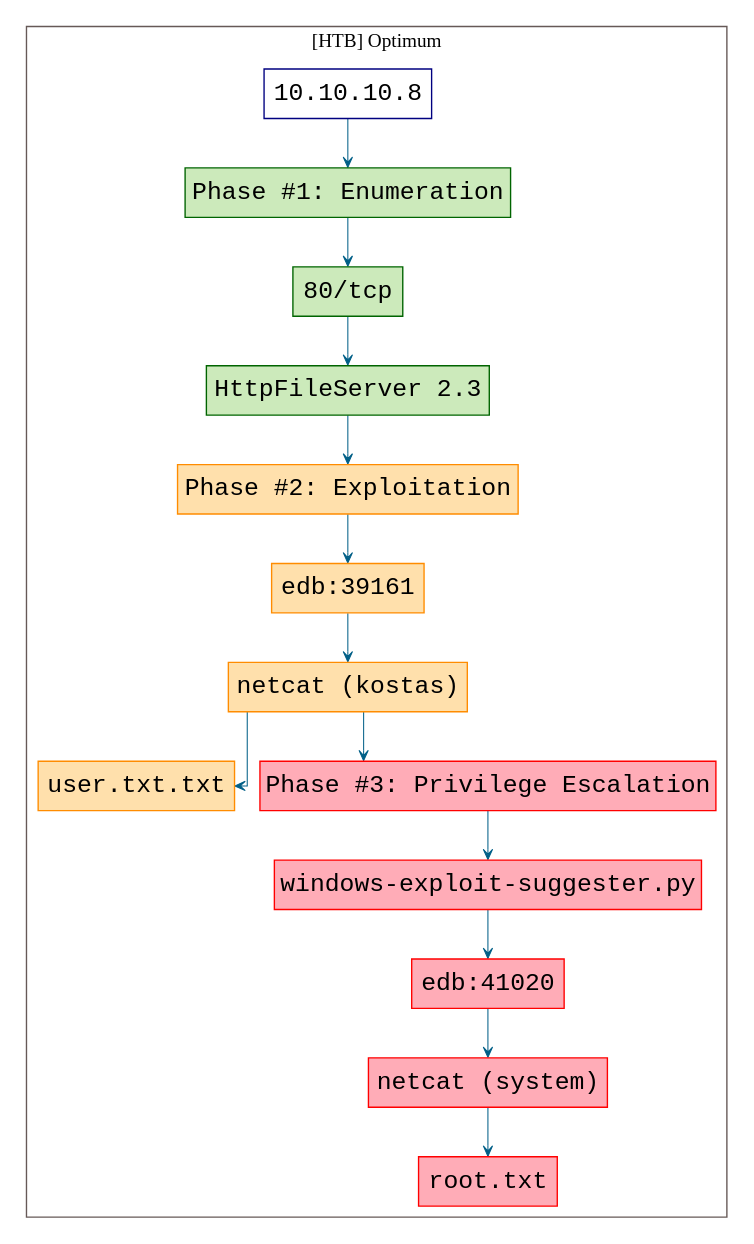
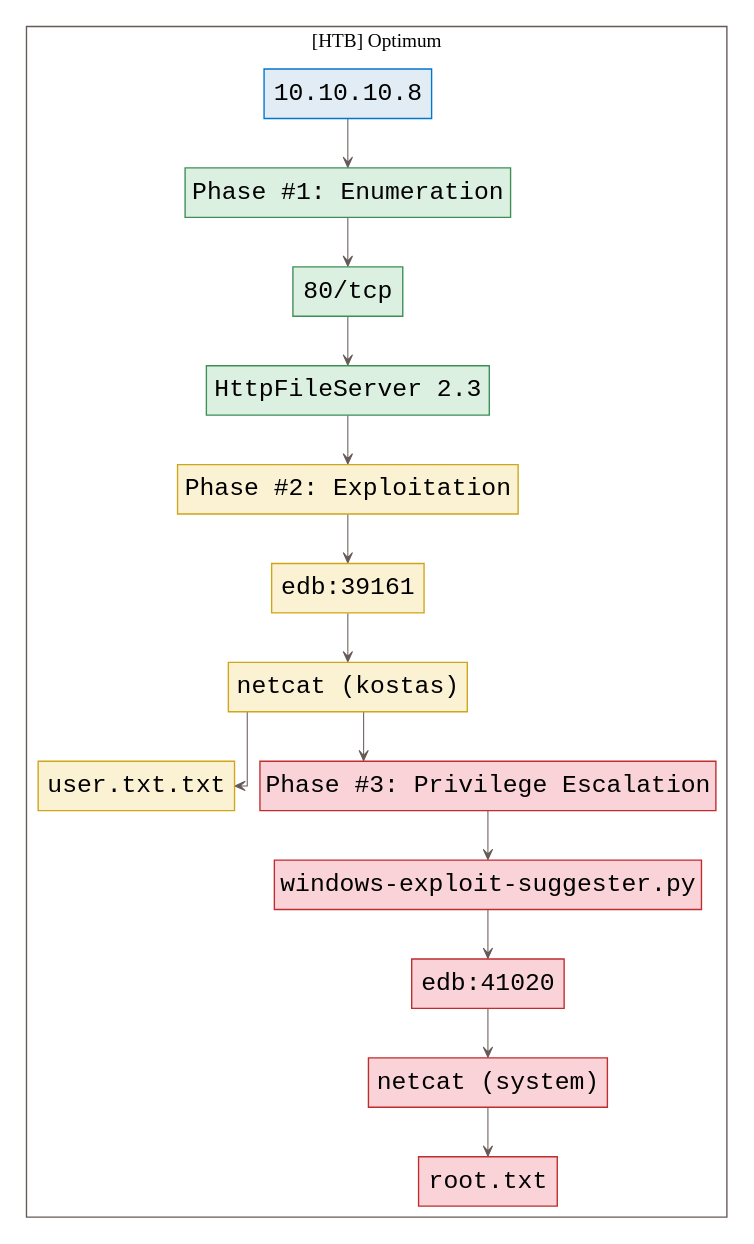
The diagram in htb.optimum/killchain.dot (7h3rAm/writeups), drawn with Graphviz before and after one commit. The commit also changed 110 other files, not shown here.

```diff
--- a/htb.optimum/killchain.dot
+++ b/htb.optimum/killchain.dot
@@ -1,38 +1,38 @@
 digraph G {
   #rankdir=LR;
   nodesdictep=1.0; splines="ortho"; K=0.6; overlap=scale; fixedsize=true; resolution=72; bgcolor="#ffffff"; outputorder="edgesfirst";
   node [fontname="courier" fontsize=18 shape=box width=0.25 fillcolor="white" style="filled,solid"];
-  edge [style=solid color="#005f87" penwidth=0.75 arrowhead=vee arrowsize=0.75 ];
+  edge [style=solid color="#665957" penwidth=0.75 arrowhead=vee arrowsize=0.75 ];
 
-  0[label="10.10.10.8" color="navyblue" fillcolor="#ffffff" tooltip="[HTB] Optimum"];
-  10[label="edb:41020" color="red" fillcolor="#ffacb7" tooltip="Phase #3:Privilege Escalation"];
-  11[label="netcat (system)" color="red" fillcolor="#ffacb7" tooltip="Phase #3:Privilege Escalation"];
-  12[label="root.txt" color="red" fillcolor="#ffacb7" tooltip="Phase #3:Privilege Escalation"];
-  1[label="Phase #1: Enumeration" color="darkgreen" fillcolor="#cceabb" tooltip="Phase #1:Enumeration"];
-  2[label="80/tcp" color="darkgreen" fillcolor="#cceabb" tooltip="Phase #1:Enumeration"];
-  3[label="HttpFileServer 2.3" color="darkgreen" fillcolor="#cceabb" tooltip="Phase #1:Enumeration"];
-  4[label="Phase #2: Exploitation" color="darkorange" fillcolor="#ffe0ac" tooltip="Phase #2:Exploitation"];
-  5[label="edb:39161" color="darkorange" fillcolor="#ffe0ac" tooltip="Phase #2:Exploitation"];
-  6[label="netcat (kostas)" color="darkorange" fillcolor="#ffe0ac" tooltip="Phase #2:Exploitation"];
-  7[label="user.txt.txt" color="darkorange" fillcolor="#ffe0ac" tooltip="Phase #2:Exploitation"];
-  8[label="Phase #3: Privilege Escalation" color="red" fillcolor="#ffacb7" tooltip="Phase #3:Privilege Escalation"];
-  9[label="windows-exploit-suggester.py" color="red" fillcolor="#ffacb7" tooltip="Phase #3:Privilege Escalation"];
+  0[label="10.10.10.8" color="#0077cc" fillcolor="#e1ecf4" tooltip="[HTB] Optimum"];
+  10[label="edb:41020" color="#c02d2e" fillcolor="#f9d3d7" tooltip="Phase #3:Privilege Escalation"];
+  11[label="netcat (system)" color="#c02d2e" fillcolor="#f9d3d7" tooltip="Phase #3:Privilege Escalation"];
+  12[label="root.txt" color="#c02d2e" fillcolor="#f9d3d7" tooltip="Phase #3:Privilege Escalation"];
+  1[label="Phase #1: Enumeration" color="#3d8f58" fillcolor="#dcf0e2" tooltip="Phase #1:Enumeration"];
+  2[label="80/tcp" color="#3d8f58" fillcolor="#dcf0e2" tooltip="Phase #1:Enumeration"];
+  3[label="HttpFileServer 2.3" color="#3d8f58" fillcolor="#dcf0e2" tooltip="Phase #1:Enumeration"];
+  4[label="Phase #2: Exploitation" color="#cea51b" fillcolor="#fbf2d4" tooltip="Phase #2:Exploitation"];
+  5[label="edb:39161" color="#cea51b" fillcolor="#fbf2d4" tooltip="Phase #2:Exploitation"];
+  6[label="netcat (kostas)" color="#cea51b" fillcolor="#fbf2d4" tooltip="Phase #2:Exploitation"];
+  7[label="user.txt.txt" color="#cea51b" fillcolor="#fbf2d4" tooltip="Phase #2:Exploitation"];
+  8[label="Phase #3: Privilege Escalation" color="#c02d2e" fillcolor="#f9d3d7" tooltip="Phase #3:Privilege Escalation"];
+  9[label="windows-exploit-suggester.py" color="#c02d2e" fillcolor="#f9d3d7" tooltip="Phase #3:Privilege Escalation"];
 
   subgraph cluster_0 {
     node [style="filled,solid"];
     label = "[HTB] Optimum";
     color = "#665957";
-    0 -> 1 [color="#005f87"];
-    1 -> 2 [color="#005f87"];
-    10 -> 11 [color="#005f87"];
-    11 -> 12 [color="#005f87"];
-    2 -> 3 [color="#005f87"];
-    3 -> 4 [color="#005f87"];
-    4 -> 5 [color="#005f87"];
-    5 -> 6 [color="#005f87"];
-    6 -> 7 [color="#005f87"];
-    6 -> 8 [color="#005f87"];
-    8 -> 9 [color="#005f87"];
-    9 -> 10 [color="#005f87"];
+    0 -> 1 [color="#665957"];
+    1 -> 2 [color="#665957"];
+    10 -> 11 [color="#665957"];
+    11 -> 12 [color="#665957"];
+    2 -> 3 [color="#665957"];
+    3 -> 4 [color="#665957"];
+    4 -> 5 [color="#665957"];
+    5 -> 6 [color="#665957"];
+    6 -> 7 [color="#665957"];
+    6 -> 8 [color="#665957"];
+    8 -> 9 [color="#665957"];
+    9 -> 10 [color="#665957"];
   }
 }
```
